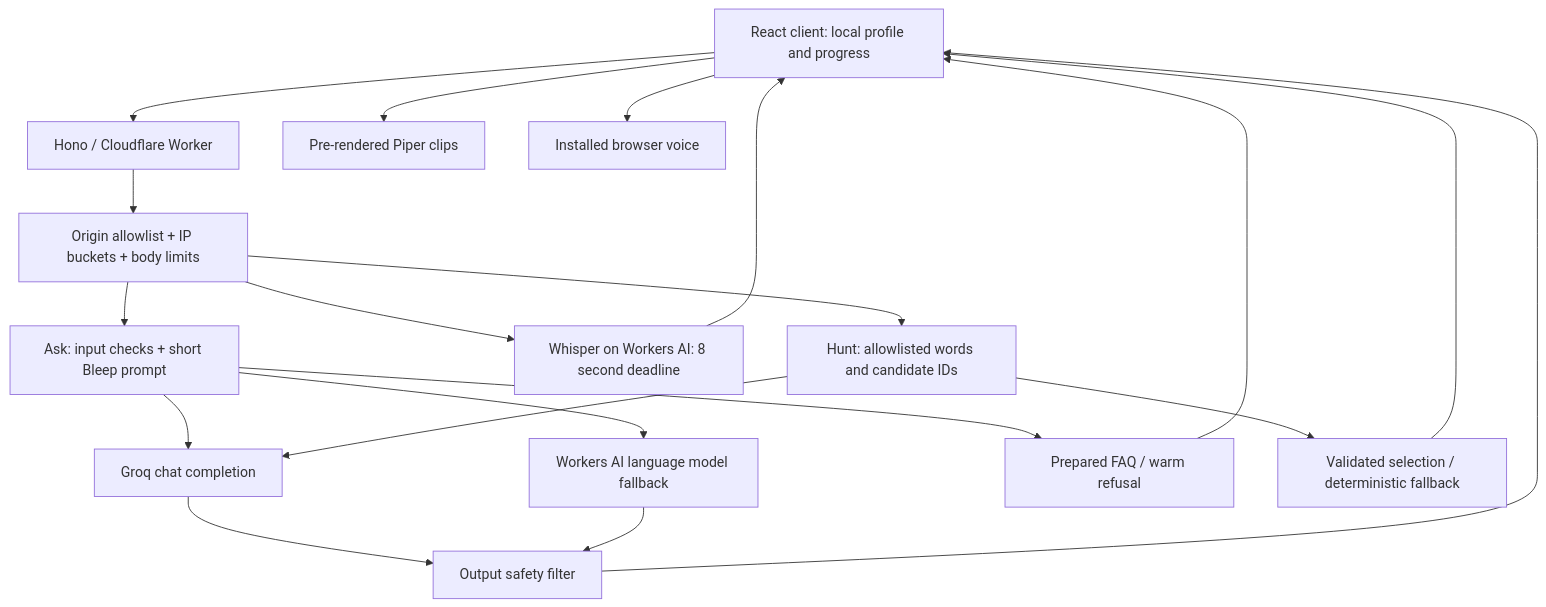
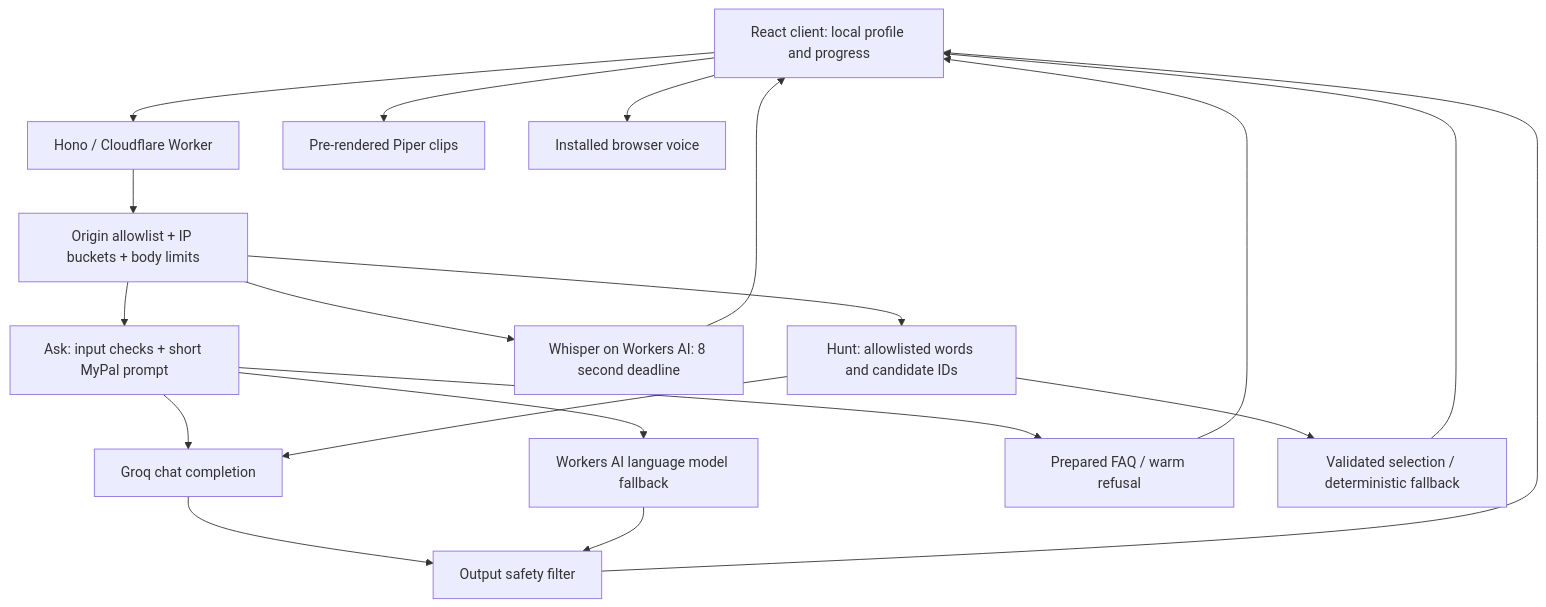
The diagram in docs/ARCHITECTURE.md (Tarlan2006/westcoded-business-cup), drawn with Mermaid before and after one commit. The commit also changed 7 other files, not shown here.

````diff
--- a/docs/ARCHITECTURE.md
+++ b/docs/ARCHITECTURE.md
@@ -3,21 +3,21 @@
 ```mermaid
 flowchart TD
  Client[React client: local profile and progress] --> Worker[Hono / Cloudflare Worker]
  Client --> Clips[Pre-rendered Piper clips]
  Client --> Speech[Installed browser voice]
  Worker --> Guard[Origin allowlist + IP buckets + body limits]
- Guard --> Ask[Ask: input checks + short Bleep prompt]
+ Guard --> Ask[Ask: input checks + short MyPal prompt]
  Ask --> Groq[Groq chat completion]
  Ask --> AI[Workers AI language model fallback]
  Groq --> Filter[Output safety filter]
  AI --> Filter
  Filter --> Client
  Ask --> FAQ[Prepared FAQ / warm refusal]
  FAQ --> Client
  Guard --> STT[Whisper on Workers AI: 8 second deadline]
  STT --> Client
  Guard --> Hunt[Hunt: allowlisted words and candidate IDs]
  Hunt --> Groq
  Hunt --> Local[Validated selection / deterministic fallback]
  Local --> Client
 ```
````
